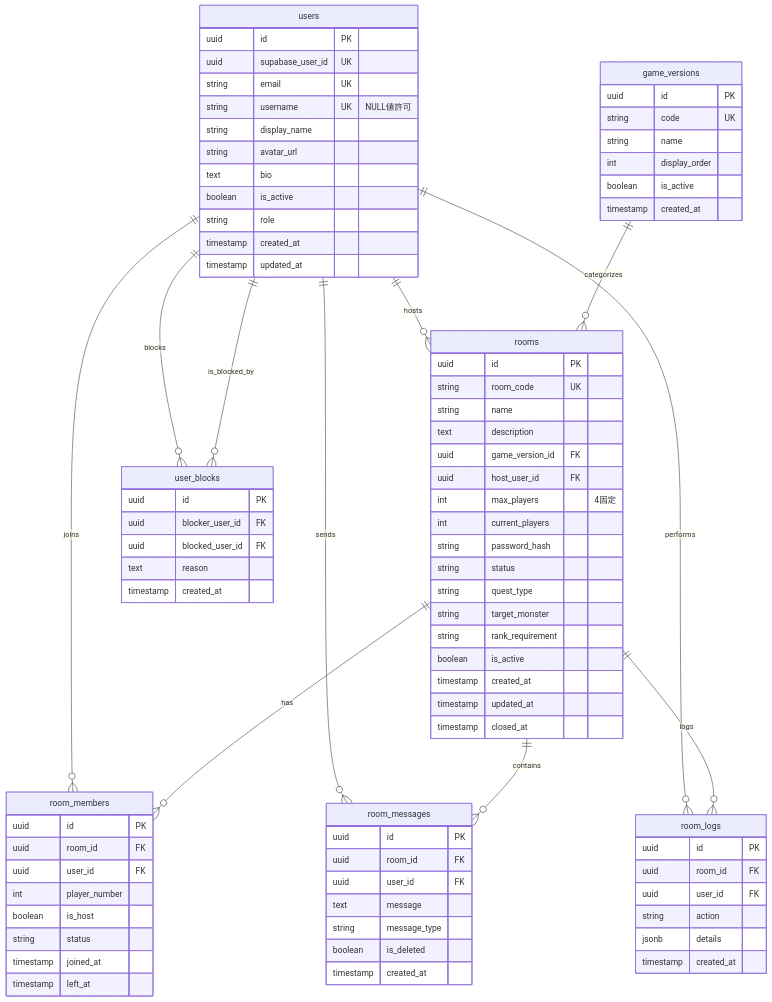
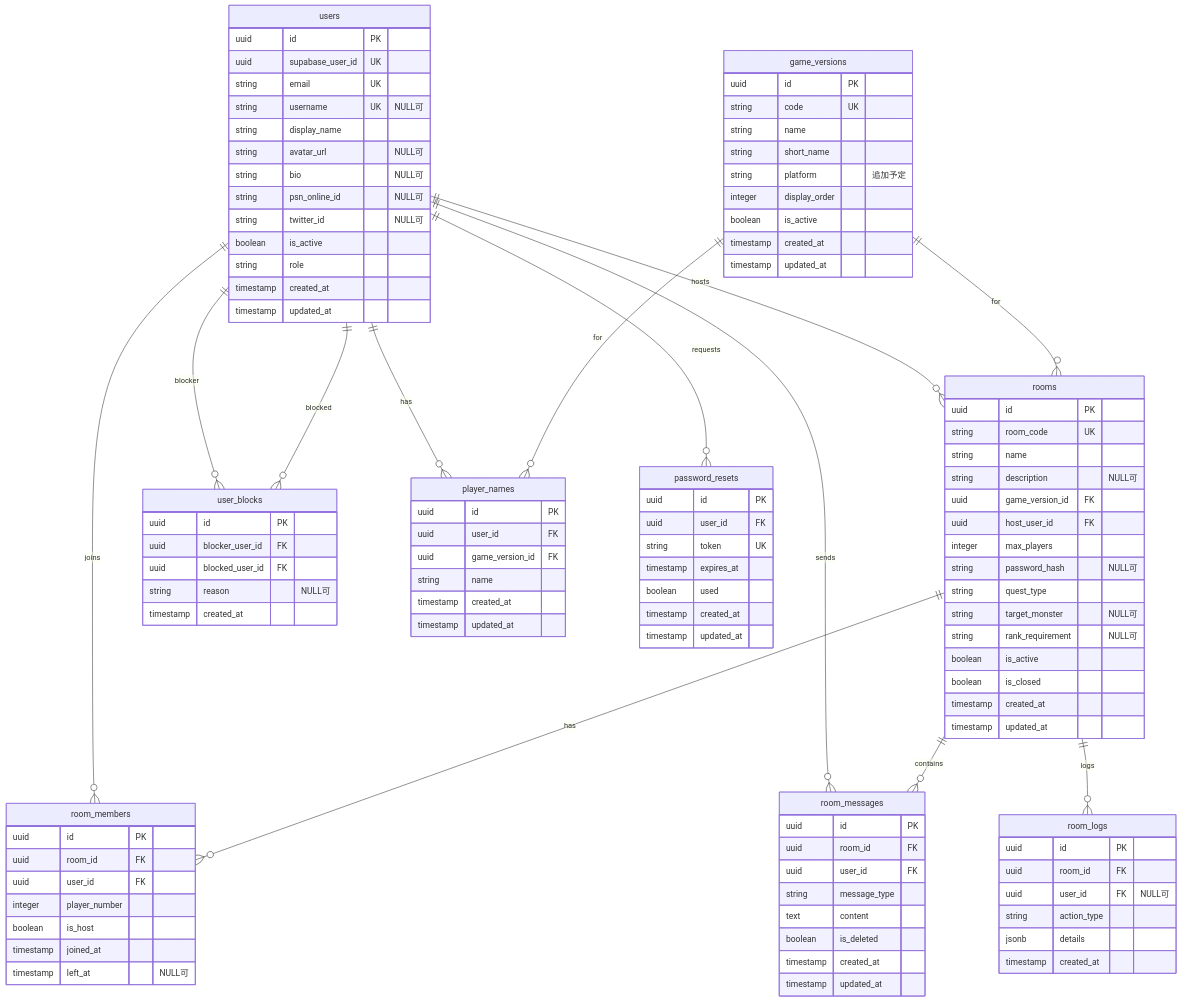
The diagram in docs/er.md (motty93/mhp-rooms), drawn with Mermaid before and after one commit. The commit also changed other lines of this file and 7 other files, not shown here.

````diff
--- a/docs/er.md
+++ b/docs/er.md
@@ -11,12 +10,14 @@
     users ||--o{ rooms : "hosts"
     users ||--o{ room_members : "joins"
     users ||--o{ room_messages : "sends"
-    users ||--o{ user_blocks : "blocks"
-    users ||--o{ user_blocks : "is_blocked_by"
-    users ||--o{ room_logs : "performs"
-
-    game_versions ||--o{ rooms : "categorizes"
-
+    users ||--o{ user_blocks : "blocker"
+    users ||--o{ user_blocks : "blocked"
+    users ||--o{ player_names : "has"
+    users ||--o{ password_resets : "requests"
+    
+    game_versions ||--o{ rooms : "for"
+    game_versions ||--o{ player_names : "for"
+    
     rooms ||--o{ room_members : "has"
     rooms ||--o{ room_messages : "contains"
     rooms ||--o{ room_logs : "logs"
@@ -25,10 +26,12 @@
         uuid id PK
         uuid supabase_user_id UK
         string email UK
-        string username UK "NULL値許可"
+        string username UK "NULL可"
         string display_name
-        string avatar_url
-        text bio
+        string avatar_url "NULL可"
+        string bio "NULL可"
+        string psn_online_id "NULL可"
+        string twitter_id "NULL可"
         boolean is_active
         string role
         timestamp created_at
@@ -39,49 +42,59 @@
         uuid id PK
         string code UK
         string name
-        int display_order
+        string short_name
+        string platform "追加予定"
+        integer display_order
         boolean is_active
         timestamp created_at
+        timestamp updated_at
     }
 
     rooms {
         uuid id PK
         string room_code UK
         string name
-        text description
+        string description "NULL可"
         uuid game_version_id FK
         uuid host_user_id FK
-        int max_players "4固定"
-        int current_players
-        string password_hash
-        string status
+        integer max_players
+        string password_hash "NULL可"
         string quest_type
-        string target_monster
-        string rank_requirement
+        string target_monster "NULL可"
+        string rank_requirement "NULL可"
         boolean is_active
+        boolean is_closed
         timestamp created_at
         timestamp updated_at
-        timestamp closed_at
     }
 
     room_members {
         uuid id PK
         uuid room_id FK
         uuid user_id FK
-        int player_number
+        integer player_number
         boolean is_host
-        string status
         timestamp joined_at
-        timestamp left_at
+        timestamp left_at "NULL可"
     }
 
     room_messages {
         uuid id PK
         uuid room_id FK
         uuid user_id FK
-        text message
         string message_type
+        text content
         boolean is_deleted
+        timestamp created_at
+        timestamp updated_at
+    }
+
+    room_logs {
+        uuid id PK
+        uuid room_id FK
+        uuid user_id FK "NULL可"
+        string action_type
+        jsonb details
         timestamp created_at
     }
 
@@ -89,16 +102,26 @@
         uuid id PK
         uuid blocker_user_id FK
         uuid blocked_user_id FK
-        text reason
+        string reason "NULL可"
         timestamp created_at
     }
 
-    room_logs {
+    player_names {
         uuid id PK
-        uuid room_id FK
         uuid user_id FK
-        string action
-        jsonb details
+        uuid game_version_id FK
+        string name
         timestamp created_at
+        timestamp updated_at
+    }
+
+    password_resets {
+        uuid id PK
+        uuid user_id FK
+        string token UK
+        timestamp expires_at
+        boolean used
+        timestamp created_at
+        timestamp updated_at
     }
 ```
````
